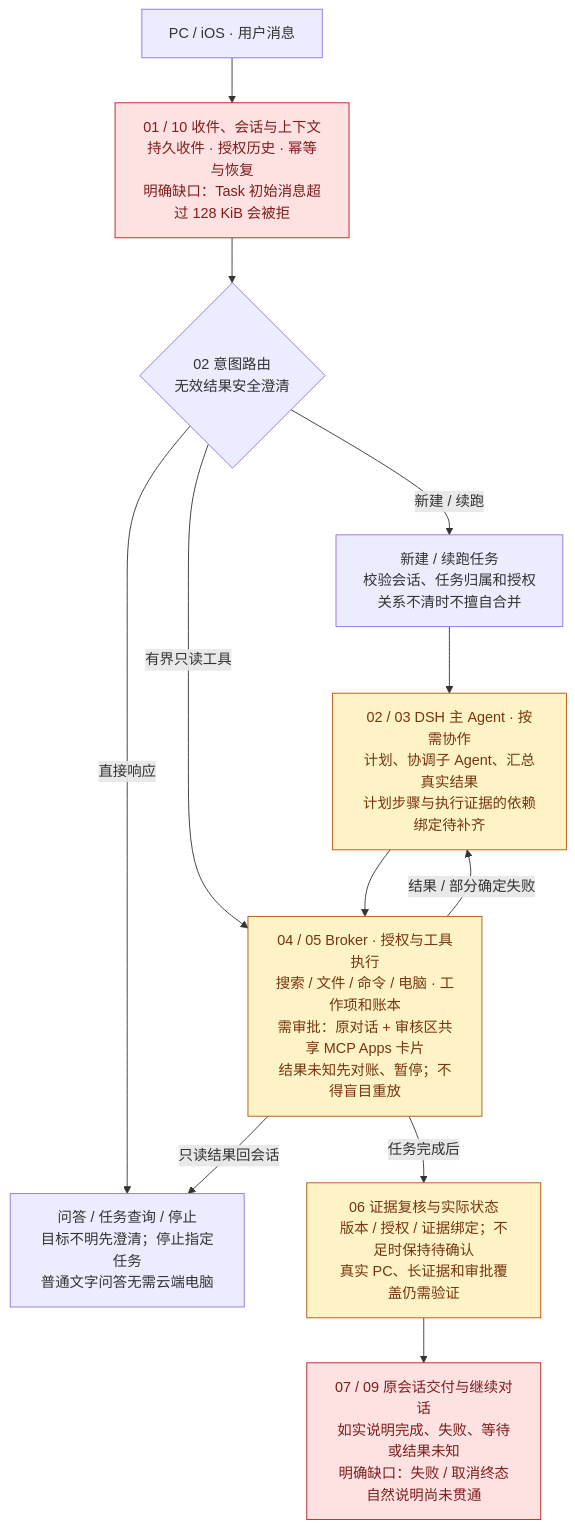
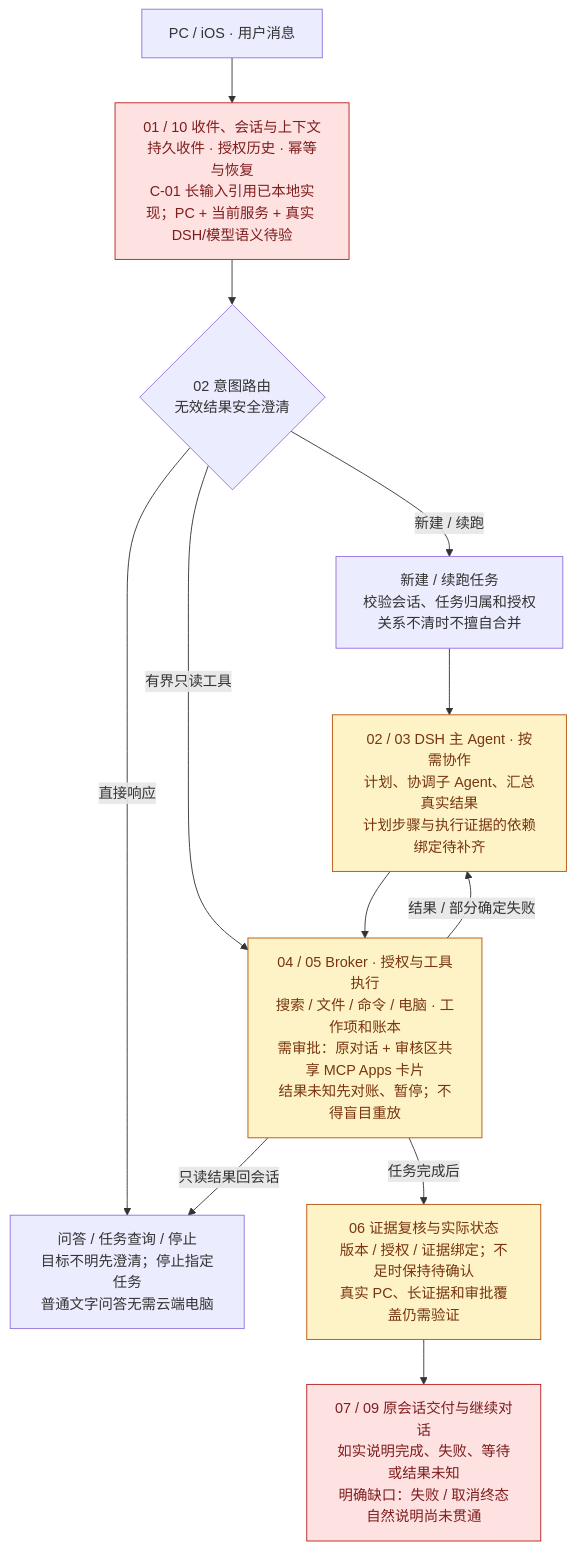
Before and after one commit to lizhongxuan/morde: the first of 3 diagrams in docs/muse_docs/muse_steps/Morde 复刻 Muse 最终流程与开发设计.md, drawn with Mermaid. The commit also changed other lines of this file and 9 other files, not shown here.

````diff
--- a/docs/muse_docs/muse_steps/Morde 复刻 Muse 最终流程与开发设计.md
+++ b/docs/muse_docs/muse_steps/Morde 复刻 Muse 最终流程与开发设计.md
@@ -63,18 +65,18 @@
 ```mermaid
 flowchart TD
-    P["PC / iOS · 用户消息"] --> A["01 / 10 收件、会话与上下文<br/>持久收件 · 授权历史 · 幂等与恢复<br/>明确缺口：Task 初始消息超过 128 KiB 会被拒"]
+    P["PC / iOS · 用户消息"] --> A["01 / 10 收件、会话与上下文<br/>持久收件 · 授权历史 · 幂等与恢复<br/>C-01 长输入引用已本地实现；PC + 当前服务 + 真实 DSH/模型语义待验"]
     A --> R{"02 意图路由<br/>无效结果安全澄清"}
     R -->|直接响应| Q["问答 / 任务查询 / 停止<br/>目标不明先澄清；停止指定任务<br/>普通文字问答无需云端电脑"]
     R -->|新建 / 续跑| T["新建 / 续跑任务<br/>校验会话、任务归属和授权<br/>关系不清时不擅自合并"]
     T --> D["02 / 03 DSH 主 Agent · 按需协作<br/>计划、协调子 Agent、汇总真实结果<br/>计划步骤与执行证据的依赖绑定待补齐"]
     R -->|有界只读工具| B
     D --> B["04 / 05 Broker · 授权与工具执行<br/>搜索 / 文件 / 命令 / 电脑 · 工作项和账本<br/>需审批：原对话 + 审核区共享 MCP Apps 卡片<br/>结果未知先对账、暂停；不得盲目重放"]
     B -->|结果 / 部分确定失败| D
     B -->|只读结果回会话| Q
     B -->|任务完成后| V["06 证据复核与实际状态<br/>版本 / 授权 / 证据绑定；不足时保持待确认<br/>真实 PC、长证据和审批覆盖仍需验证"]
     V --> O["07 / 09 原会话交付与继续对话<br/>如实说明完成、失败、等待或结果未知<br/>明确缺口：失败 / 取消终态自然说明尚未贯通"]
     classDef gap fill:#fee2e2,stroke:#b91c1c,color:#7f1d1d;
     classDef pending fill:#fef3c7,stroke:#b45309,color:#78350f;
     class A,O gap;
     class D,B,V pending;
 ```
````
